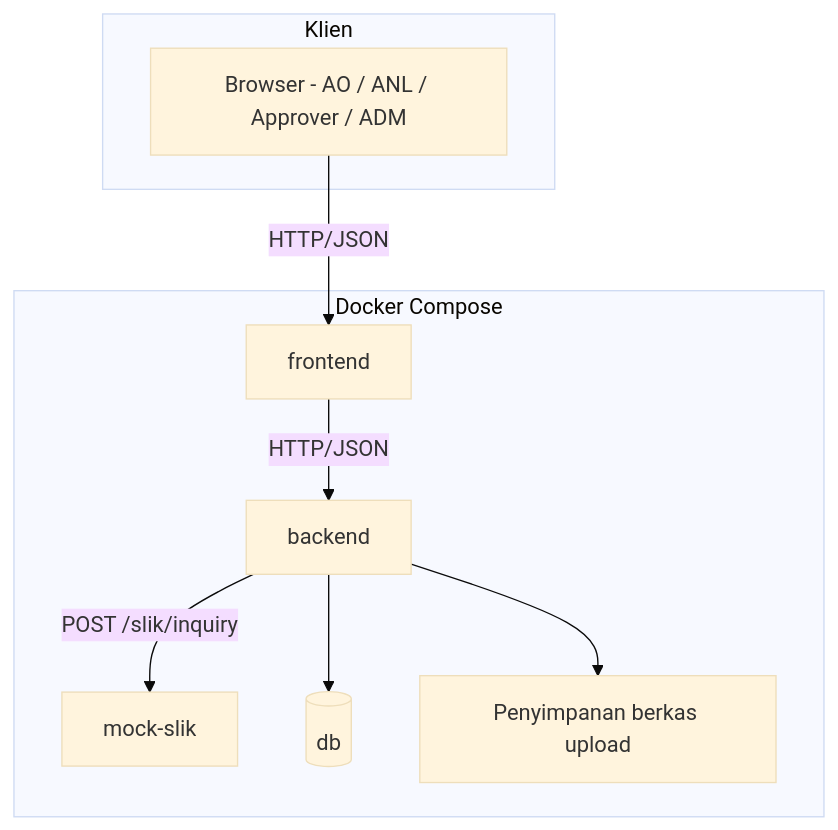
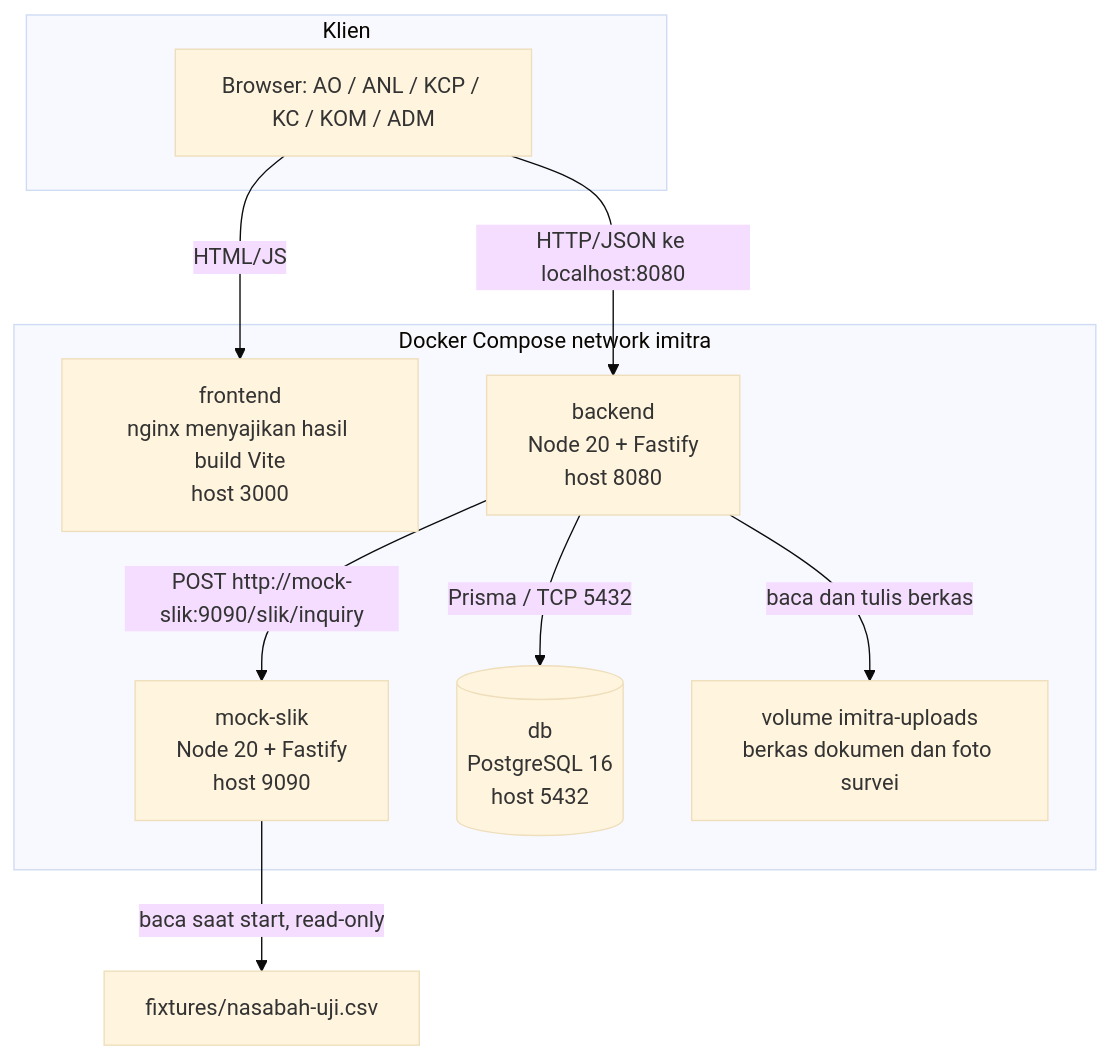
One commit to codebubub/iMitra-Tim-2 changed the first of 6 diagrams in docs/SDD-iMitra.md. Above: the diagram before and after it, drawn with Mermaid (base theme). The commit also changed other lines of this file and 3 other files, not shown here.

````diff
--- a/docs/SDD-iMitra.md
+++ b/docs/SDD-iMitra.md
@@ -78,18 +66,19 @@
 ```mermaid
 graph TB
   subgraph Klien
-    BROWSER[Browser - AO / ANL / Approver / ADM]
+    BROWSER[Browser: AO / ANL / KCP / KC / KOM / ADM]
   end
-  subgraph Docker Compose
-    FE[frontend]
-    BE[backend]
-    SLIK[mock-slik]
-    DB[(db)]
-    FILES[Penyimpanan berkas upload]
+  subgraph Docker Compose network imitra
+    FE[frontend<br/>nginx menyajikan hasil build Vite<br/>host 3000]
+    BE[backend<br/>Node 20 + Fastify<br/>host 8080]
+    SLIK[mock-slik<br/>Node 20 + Fastify<br/>host 9090]
+    DB[(db<br/>PostgreSQL 16<br/>host 5432)]
+    VOL[volume imitra-uploads<br/>berkas dokumen dan foto survei]
   end
-  BROWSER -->|HTTP/JSON| FE
-  FE -->|HTTP/JSON| BE
-  BE -->|POST /slik/inquiry| SLIK
-  BE --> DB
-  BE --> FILES
+  BROWSER -->|HTTP/JSON ke localhost:8080| BE
+  BROWSER -->|HTML/JS| FE
+  BE -->|Prisma / TCP 5432| DB
+  BE -->|baca dan tulis berkas| VOL
+  BE -->|POST http://mock-slik:9090/slik/inquiry| SLIK
+  SLIK -->|baca saat start, read-only| CSV[fixtures/nasabah-uji.csv]
 ```
````
